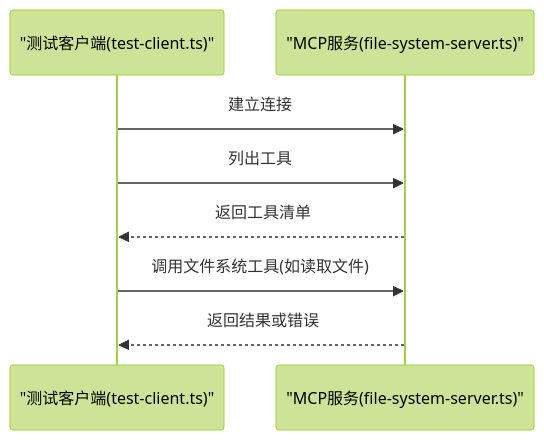
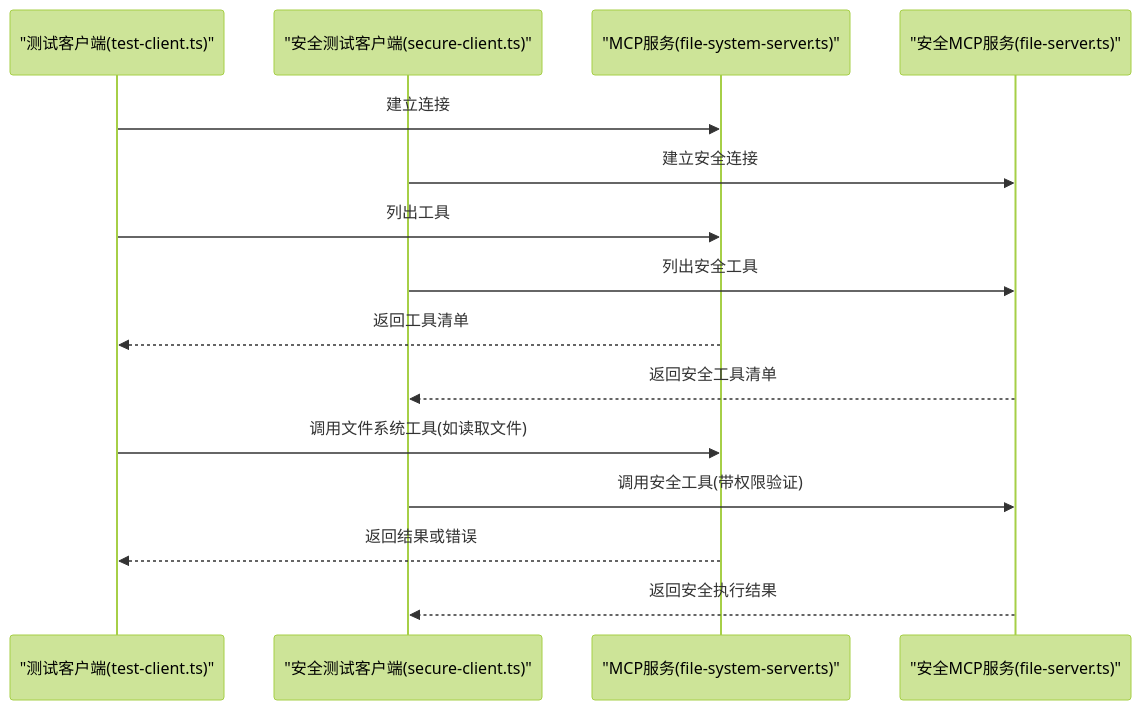
One commit to Leslie-Chuan/classic-example changed the sixth of 7 diagrams in .qoder/repowiki/zh/content/项目概览.md. Above: the diagram before and after it, drawn with Mermaid (forest theme). The commit also changed other lines of this file and 49 other files, not shown here.

````diff
--- a/.qoder/repowiki/zh/content/项目概览.md
+++ b/.qoder/repowiki/zh/content/项目概览.md
@@ -268,10 +307,17 @@
 ```mermaid
 sequenceDiagram
 participant T as "测试客户端(test-client.ts)"
+participant ST as "安全测试客户端(secure-client.ts)"
 participant S as "MCP服务(file-system-server.ts)"
+participant SS as "安全MCP服务(file-server.ts)"
 T->>S : 建立连接
+ST->>SS : 建立安全连接
 T->>S : 列出工具
+ST->>SS : 列出安全工具
 S-->>T : 返回工具清单
+SS-->>ST : 返回安全工具清单
 T->>S : 调用文件系统工具(如读取文件)
+ST->>SS : 调用安全工具(带权限验证)
 S-->>T : 返回结果或错误
+SS-->>ST : 返回安全执行结果
 ```
````
